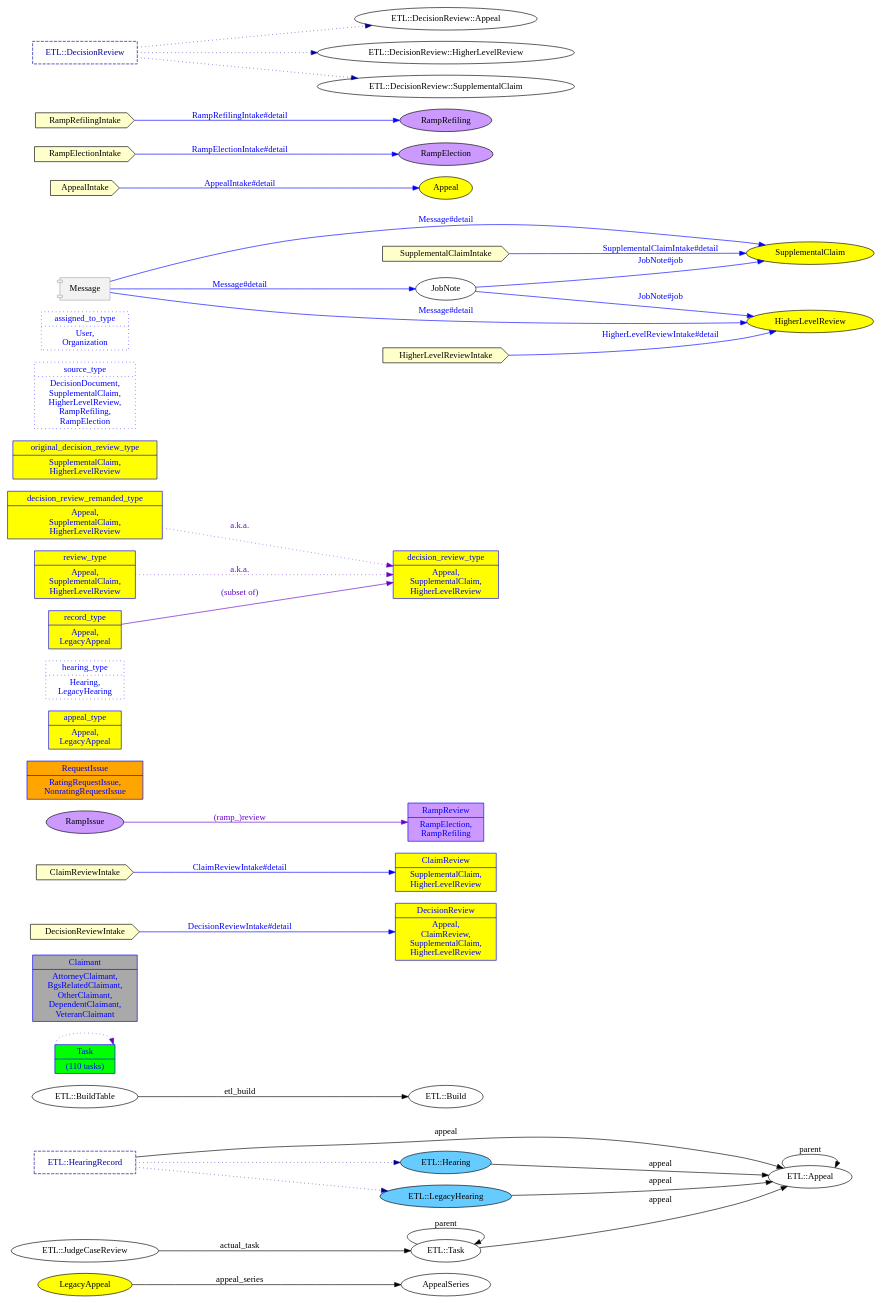
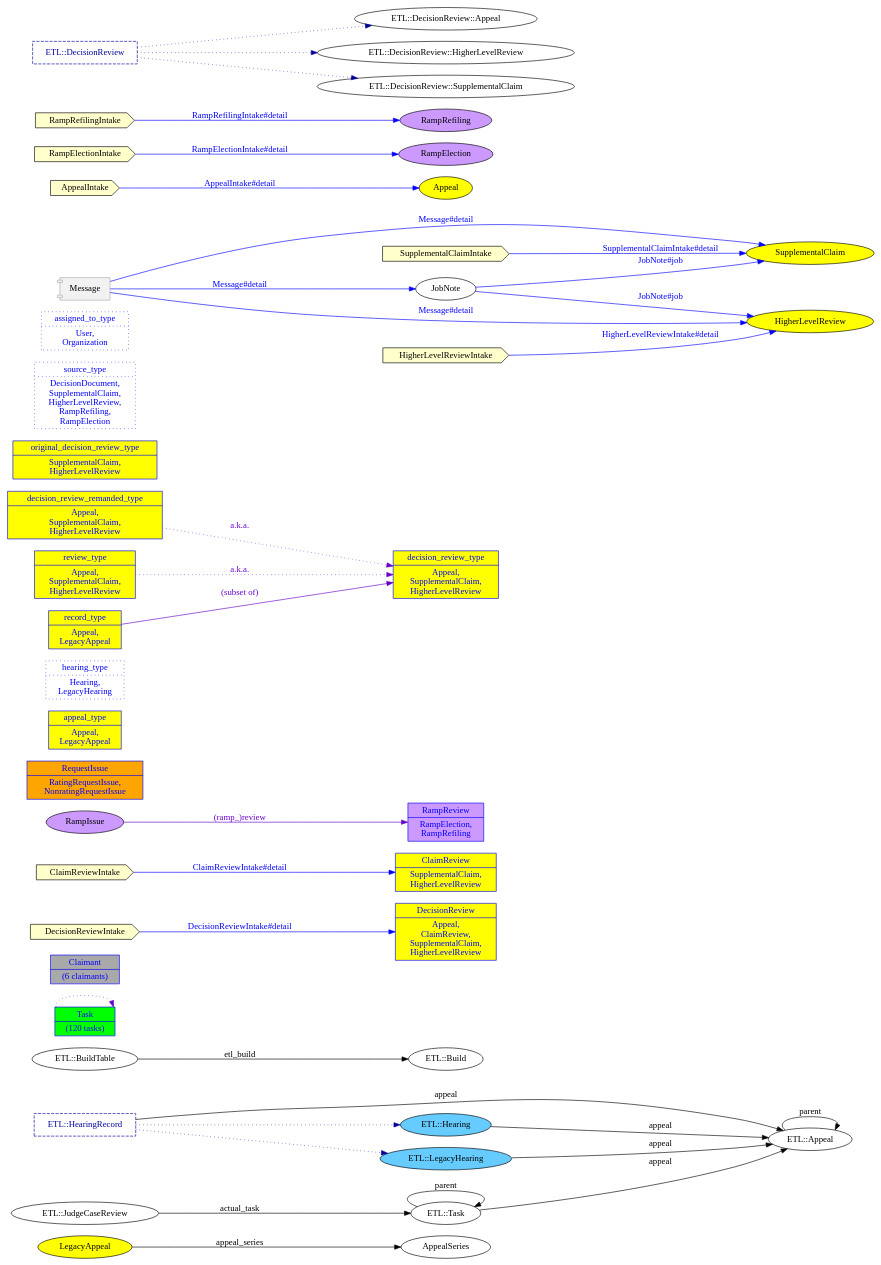
Before and after one commit to department-of-veterans-affairs/caseflow: the diagram in __task_trees/content/schema/make_docs/etl-belongs_to_erd-subclasses.dot, drawn with Graphviz. The commit also changed 124 other files, not shown here.

Commit message:
`make docs` GH Action: automatically update DB schema documentation files

```diff
--- a/__task_trees/content/schema/make_docs/etl-belongs_to_erd-subclasses.dot
+++ b/__task_trees/content/schema/make_docs/etl-belongs_to_erd-subclasses.dot
@@ -1,5 +1,5 @@
 digraph belongs_to_erd_subclasses {
-	graph [bb="0,0,1382.8,2103",
+	graph [bb="0,0,1382.8,2043",
 		rankdir=LR
 	];
 	node [label="\N"];
@@ -65,7 +65,7 @@
 	Task	[color="#0000ff",
 		fillcolor="#00ff00",
 		fontcolor="#0000ff",
-		label="Task|(110 tasks)",
+		label="Task|(120 tasks)",
 		shape=record,
 		style=filled,
 		];
@@ -75,7 +75,7 @@
 	Claimant	[color="#0000ff",
 		fillcolor="#a9a9a9",
 		fontcolor="#0000ff",
-		label="Claimant|AttorneyClaimant,\nBgsRelatedClaimant,\nOtherClaimant,\nDependentClaimant,\nVeteranClaimant",
+		label="Claimant|(6 claimants)",
 		shape=record,
 		style=filled,
 		];
```
